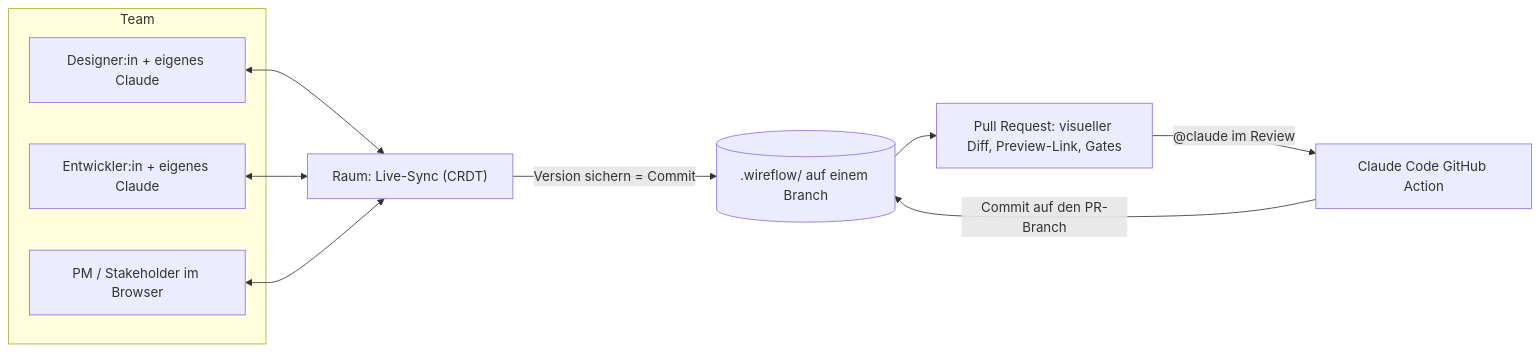
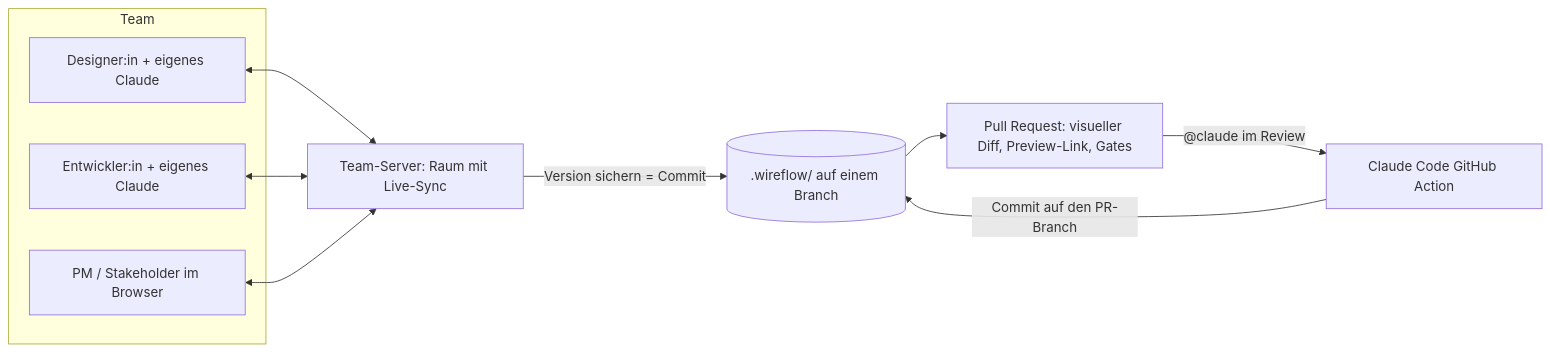
The fifth of 5 diagrams in concepts/wireflow-studio/README.md (Arcade1080/awesome-uxe), drawn with Mermaid before and after one commit. The commit also changed other lines of this file and 1 other file, not shown here.

First line of the commit message:
Konzept: Design System als Kern, gemeinsamer Team-Canvas

````diff
--- a/concepts/wireflow-studio/README.md
+++ b/concepts/wireflow-studio/README.md
@@ -690,19 +711,19 @@
 ```mermaid
 flowchart LR
   subgraph Team
     A["Designer:in + eigenes Claude"]
     B["Entwickler:in + eigenes Claude"]
     C["PM / Stakeholder im Browser"]
   end
-  R["Raum: Live-Sync (CRDT)"]
+  R["Team-Server: Raum mit Live-Sync"]
   G[(".wireflow/ auf einem Branch")]
   PR["Pull Request: visueller Diff, Preview-Link, Gates"]
   GA["Claude Code GitHub Action"]
   A <--> R
   B <--> R
   C <--> R
   R -- "Version sichern = Commit" --> G
   G --> PR
   PR -- "@claude im Review" --> GA
   GA -- "Commit auf den PR-Branch" --> G
 ```
````
